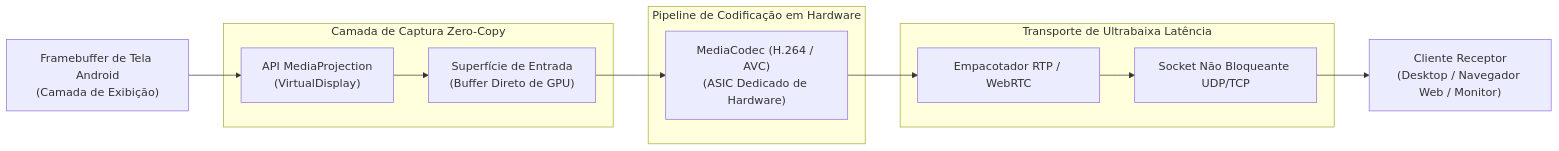
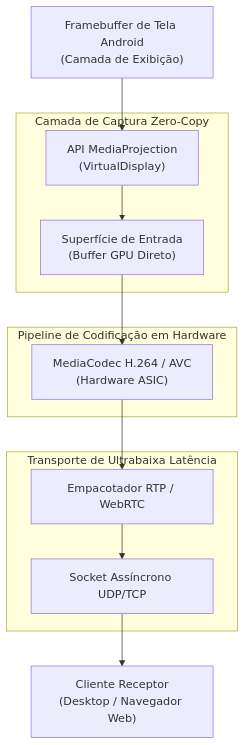
Before and after one commit to welzim19-star/zero-ping-mirror: the diagram in README.pt-BR.md, drawn with Mermaid. The commit also changed 2 other files, not shown here.

Commit message:
fix(diagram): convert flowchart LR to TD and format node labels with br to eliminate text clipping

````diff
--- a/README.pt-BR.md
+++ b/README.pt-BR.md
@@ -26,27 +26,27 @@
 ```mermaid
-flowchart LR
-    Screen["Framebuffer de Tela Android\n(Camada de Exibição)"]
+flowchart TD
+    Screen["Framebuffer de Tela Android<br/>(Camada de Exibição)"]
     
     subgraph CAPTURE["Camada de Captura Zero-Copy"]
-        MP["API MediaProjection\n(VirtualDisplay)"]
-        Surface["Superfície de Entrada\n(Buffer Direto de GPU)"]
+        MP["API MediaProjection<br/>(VirtualDisplay)"]
+        Surface["Superfície de Entrada<br/>(Buffer GPU Direto)"]
         MP --> Surface
     end
     
     subgraph ENCODER["Pipeline de Codificação em Hardware"]
-        Codec["MediaCodec (H.264 / AVC)\n(ASIC Dedicado de Hardware)"]
+        Codec["MediaCodec H.264 / AVC<br/>(Hardware ASIC)"]
         Surface --> Codec
     end
     
     subgraph TRANSPORT["Transporte de Ultrabaixa Latência"]
         Mux["Empacotador RTP / WebRTC"]
-        Socket["Socket Não Bloqueante UDP/TCP"]
+        Socket["Socket Assíncrono UDP/TCP"]
         Codec --> Mux
         Mux --> Socket
     end
     
-    Client["Cliente Receptor\n(Desktop / Navegador Web / Monitor)"]
+    Client["Cliente Receptor<br/>(Desktop / Navegador Web)"]
 
     Screen --> MP
     Socket --> Client
 ```
````
